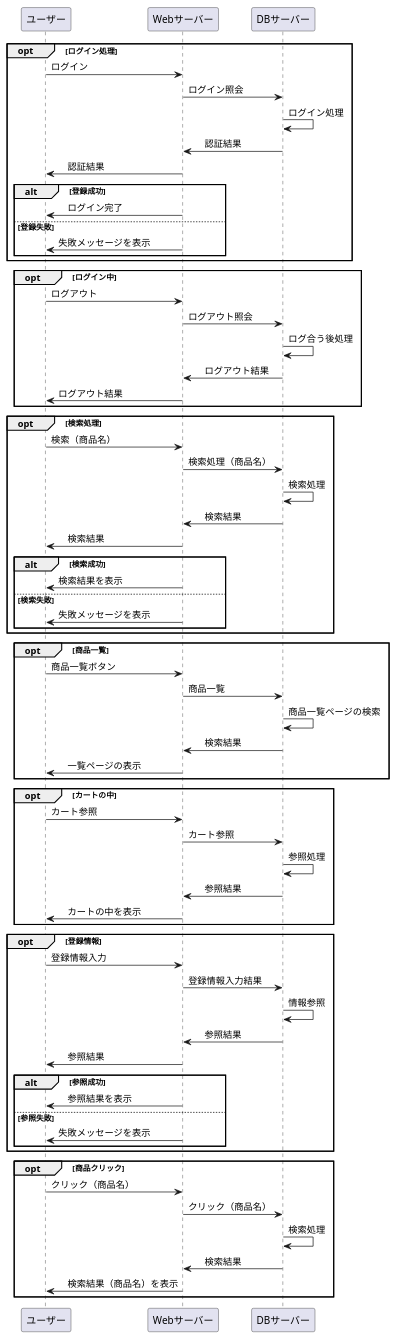
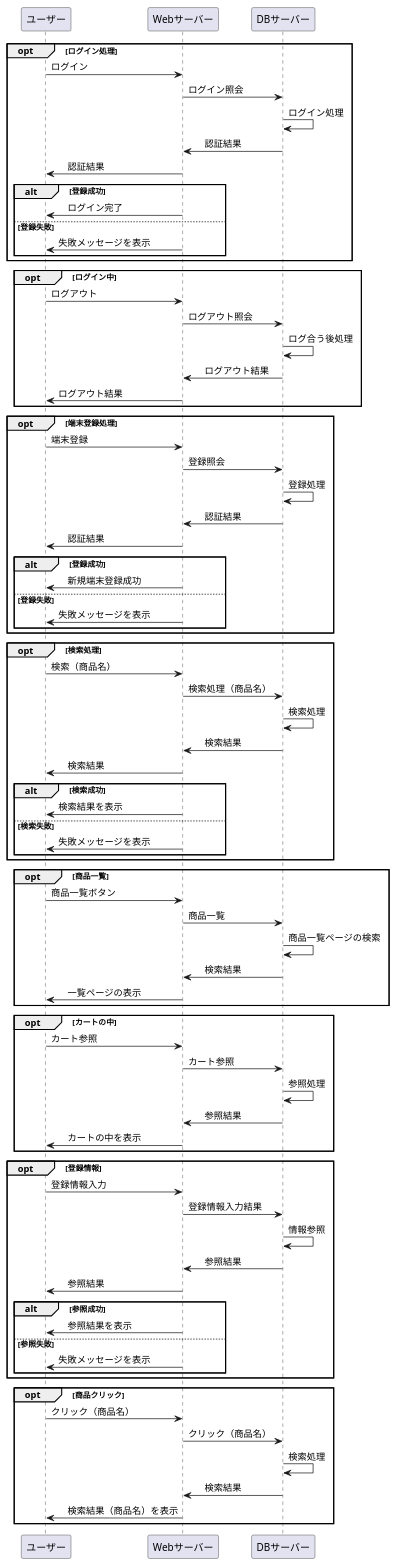
One commit to Aso2101121/2021sys-design changed the diagram in orisaito.md. Above: the diagram before and after it, drawn with PlantUML.

```diff
--- a/orisaito.md
+++ b/orisaito.md
@@ -23,6 +23,22 @@
 DBサーバー -> Webサーバー :　ログアウト結果
 Webサーバー -> ユーザー : ログアウト結果
 
+end
+
+opt 端末登録処理
+ユーザー -> Webサーバー : 端末登録
+Webサーバー -> DBサーバー : 登録照会
+DBサーバー -> DBサーバー : 登録処理
+DBサーバー -> Webサーバー :　認証結果
+Webサーバー -> ユーザー :　認証結果
+
+alt 登録成功
+Webサーバー -> ユーザー :　新規端末登録成功 
+
+else 登録失敗
+Webサーバー -> ユーザー : 失敗メッセージを表示
+
+end
 end
 
 opt 検索処理
```
